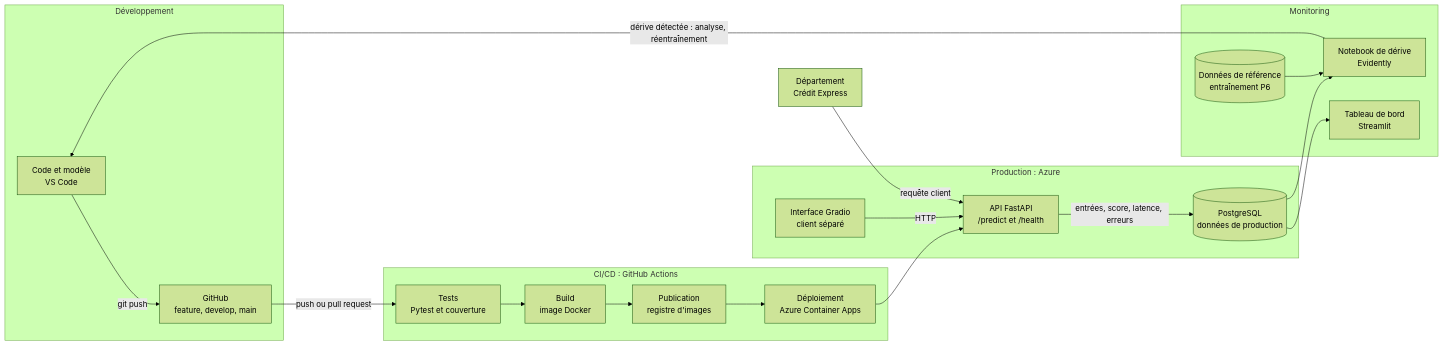
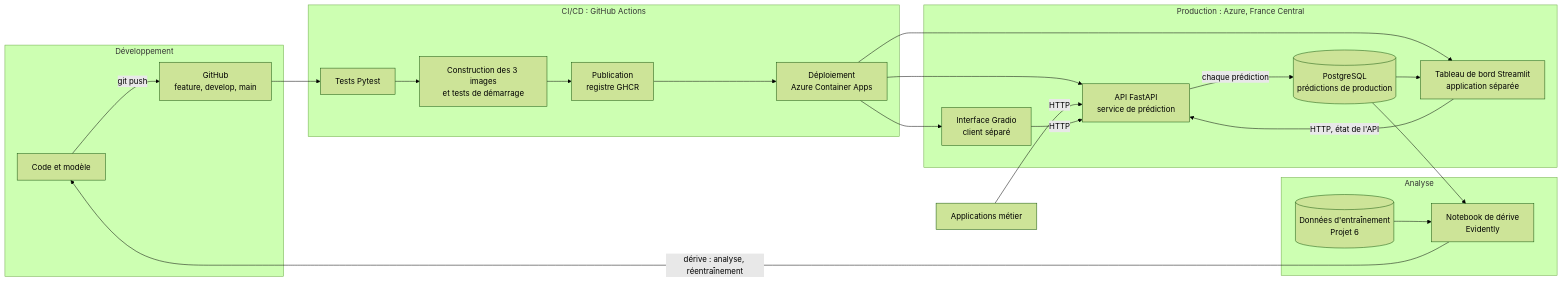
Before and after one commit to ouse4444/OC_DS_P8: the diagram in README.md, drawn with Mermaid (forest theme). The commit also changed other lines of this file, not shown here.

````diff
--- a/README.md
+++ b/README.md
@@ -16,30 +29,33 @@
 ```mermaid
 flowchart LR
     subgraph DEV["Développement"]
-        A["Code et modèle<br/>VS Code"] -->|git push| B["GitHub<br/>feature, develop, main"]
+        A["Code et modèle"] -->|git push| B["GitHub<br/>feature, develop, main"]
     end
     subgraph CICD["CI/CD : GitHub Actions"]
-        C["Tests<br/>Pytest et couverture"] --> D["Build<br/>image Docker"]
-        D --> E["Publication<br/>registre d'images"]
+        C["Tests Pytest"] --> D["Construction des 3 images<br/>et tests de démarrage"]
+        D --> E["Publication<br/>registre GHCR"]
         E --> F["Déploiement<br/>Azure Container Apps"]
     end
-    subgraph PROD["Production : Azure"]
-        G["API FastAPI<br/>/predict et /health"]
+    subgraph PROD["Production : Azure, France Central"]
+        G["API FastAPI<br/>service de prédiction"]
         H["Interface Gradio<br/>client séparé"]
-        I[("PostgreSQL<br/>données de production")]
+        K["Tableau de bord Streamlit<br/>application séparée"]
+        I[("PostgreSQL<br/>prédictions de production")]
     end
-    subgraph MON["Monitoring"]
-        L[("Données de référence<br/>entraînement P6")]
+    subgraph ANA["Analyse"]
+        L[("Données d'entraînement<br/>Projet 6")]
         J["Notebook de dérive<br/>Evidently"]
-        K["Tableau de bord<br/>Streamlit"]
     end
-    B -->|push ou pull request| C
+    B --> C
     F --> G
+    F --> H
+    F --> K
+    U["Applications métier"] -->|HTTP| G
     H -->|HTTP| G
-    U["Département<br/>Crédit Express"] -->|requête client| G
-    G -->|entrées, score, latence, erreurs| I
+    K -->|HTTP, état de l'API| G
+    G -->|chaque prédiction| I
+    I --> K
     I --> J
     L --> J
-    I --> K
-    J -->|dérive détectée : analyse, réentraînement| A
+    J -->|dérive : analyse, réentraînement| A
 ```
````
